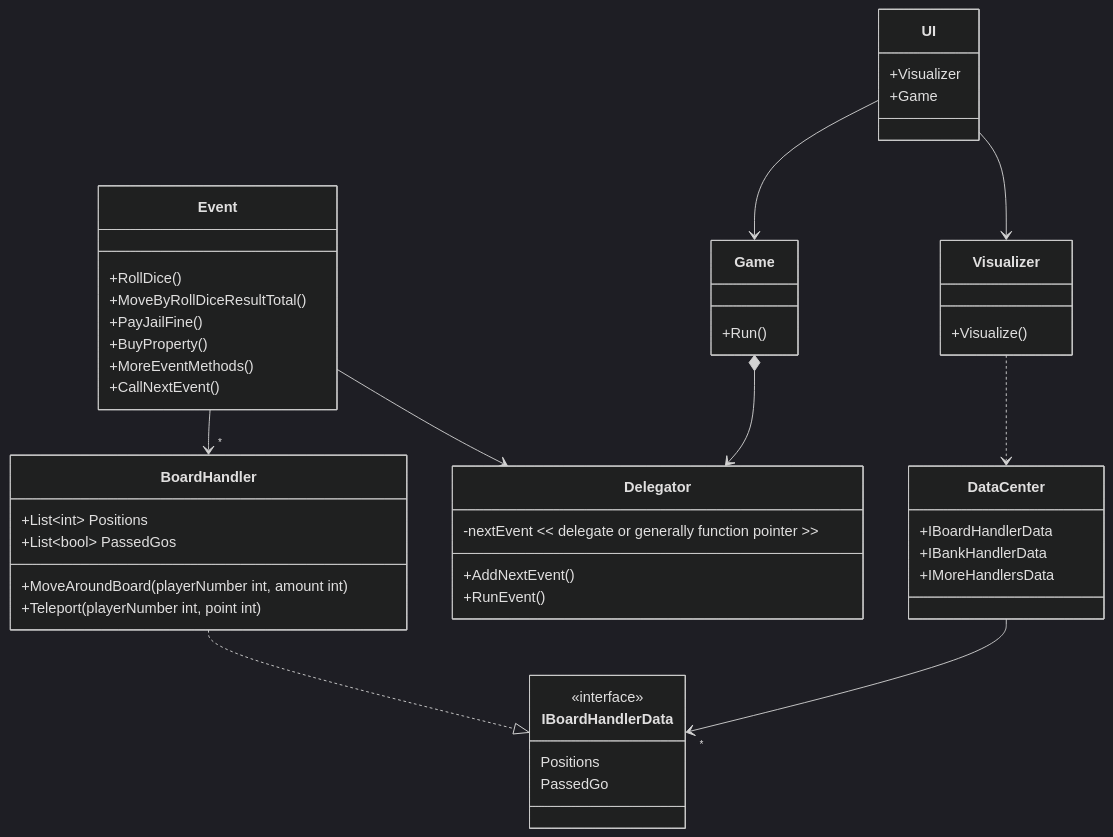
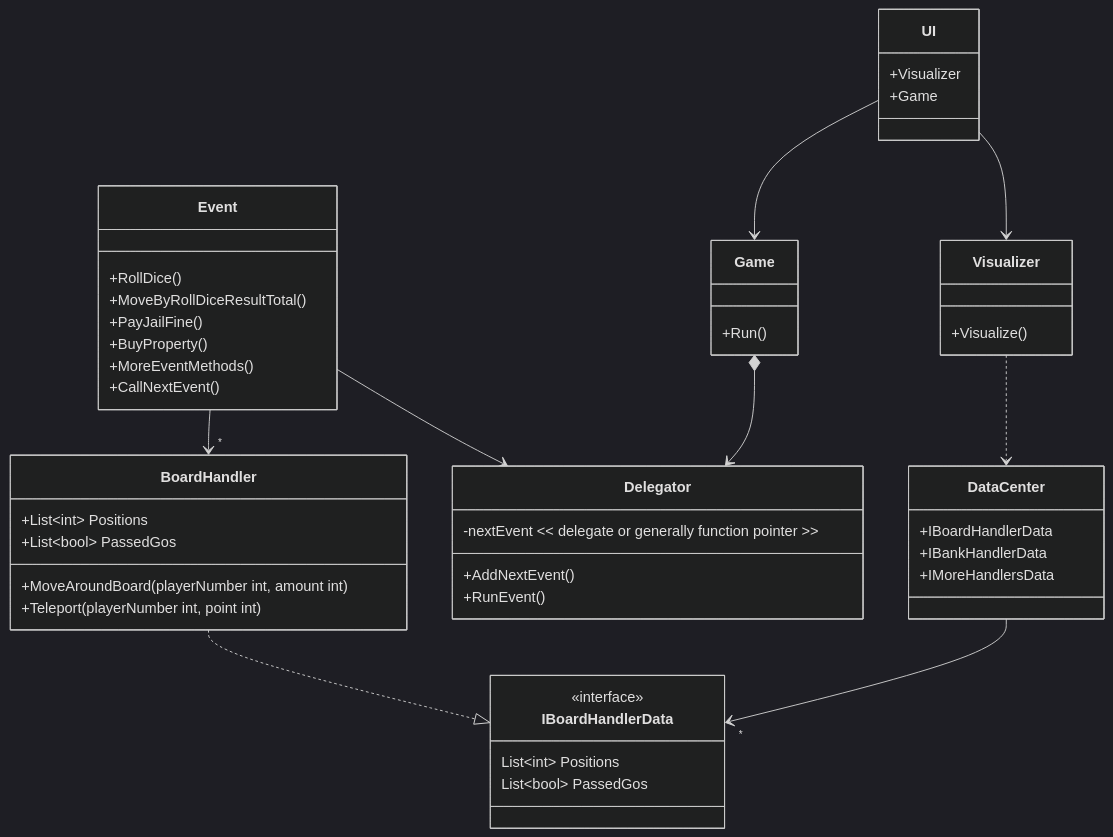
The first of 2 diagrams in README.md (crimson206/MonopolyWithCSharp), drawn with Mermaid (dark theme) before and after one commit. The commit also changed other lines of this file, not shown here.

````diff
--- a/README.md
+++ b/README.md
@@ -31,59 +38,58 @@
 ```mermaid
 classDiagram
 
 class UI{
 +Visualizer
 +Game
 }
 
 class Visualizer{
 +Visualize()
 }
 
 class Game{
 +Run()
 }
 
 class DataCenter{
 +IBoardHandlerData
 +IBankHandlerData
 +IMoreHandlersData
 }
 
 class Delegator{
 -nextEvent << delegate or generally function pointer >>
 +AddNextEvent()
 +RunEvent()
 }
 
 class Event{
 +RollDice()
 +MoveByRollDiceResultTotal()
 +PayJailFine()
 +BuyProperty()
 +MoreEventMethods()
 +CallNextEvent()
 }
 
 class BoardHandler{
 +List~int~ Positions 
 +List~bool~ PassedGos 
 +MoveAroundBoard(playerNumber int, amount int)
 +Teleport(playerNumber int, point int)
 }
 
 class IBoardHandlerData
 <<interface>> IBoardHandlerData
-IBoardHandlerData : Positions
-IBoardHandlerData : PassedGo
+IBoardHandlerData : List~int~ Positions
+IBoardHandlerData : List~bool~ PassedGos
 
 UI --> Game
 UI --> Visualizer
 Visualizer ..> DataCenter
 Event --> Delegator
 Game *--> Delegator
 Event --> "*" BoardHandler
 BoardHandler ..|> IBoardHandlerData
 DataCenter --> "*" IBoardHandlerData
-
 ```
````
